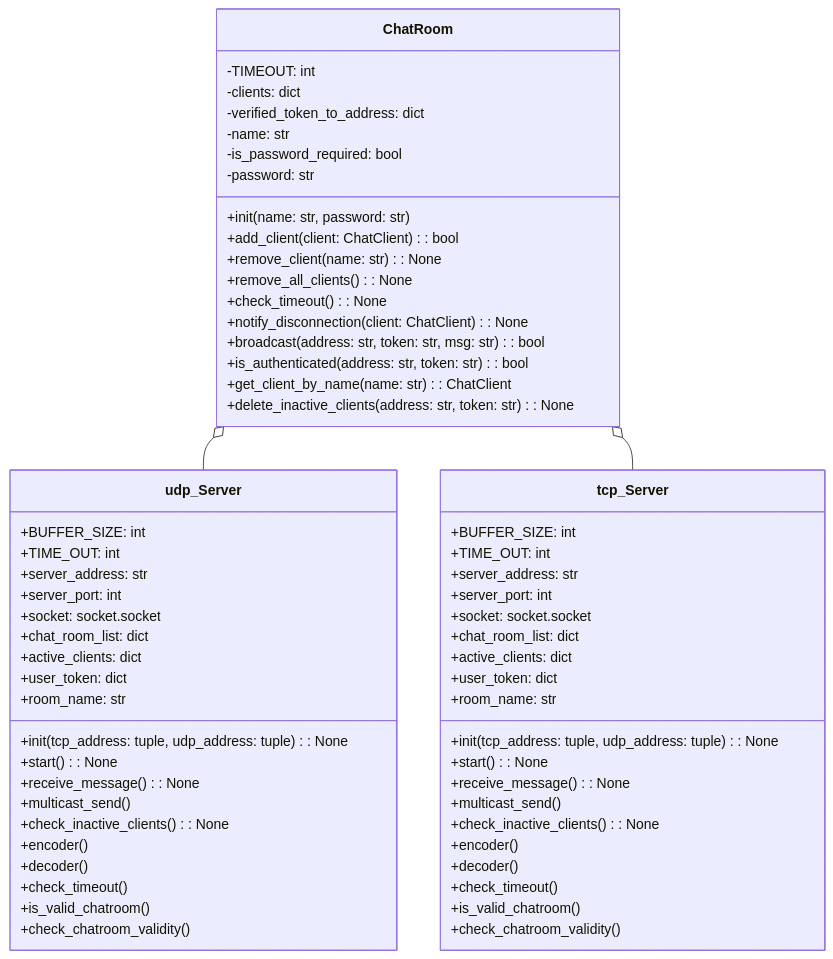
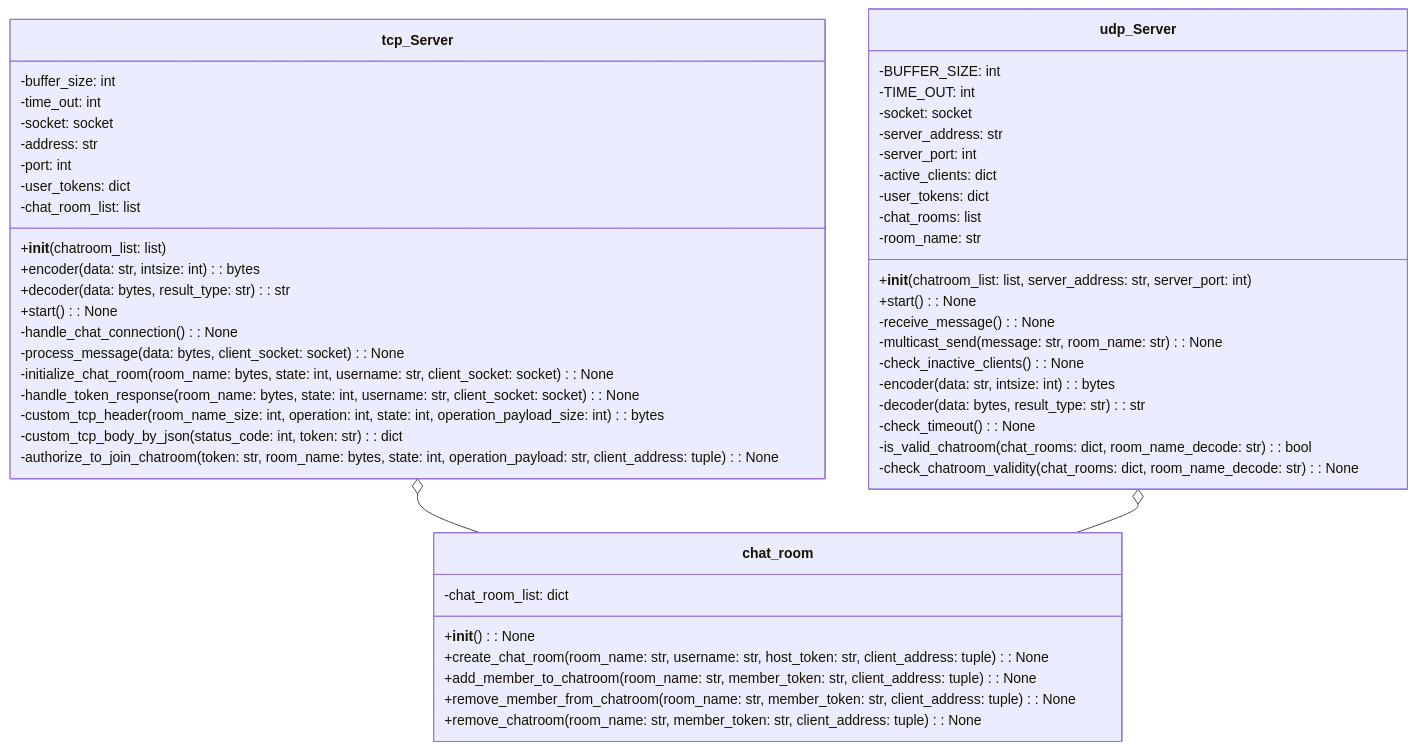
The second of 2 diagrams in README.md (teamdev-A-backend/online-chat-messenger), drawn with Mermaid before and after one commit.

Commit message:
Update UML Server

````diff
--- a/README.md
+++ b/README.md
@@ -37,72 +37,55 @@
 ```mermaid
 classDiagram
-class tcp_Server {
-  +BUFFER_SIZE: int
-  +TIME_OUT: int
-  +server_address: str
-  +server_port: int
-  +socket: socket.socket
-  +chat_room_list: dict
-  +active_clients: dict
-  +user_token: dict
-  +room_name: str
-
-  +init(tcp_address: tuple, udp_address: tuple): None
-  +start(): None
-  +receive_message(): None
-  +multicast_send()
-  +check_inactive_clients(): None
-  +encoder()
-  +decoder()
-  +check_timeout()
-  +is_valid_chatroom()
-  +check_chatroom_validity()
-}
-
-class udp_Server {
-  +BUFFER_SIZE: int
-  +TIME_OUT: int
-  +server_address: str
-  +server_port: int
-  +socket: socket.socket
-  +chat_room_list: dict
-  +active_clients: dict
-  +user_token: dict
-  +room_name: str
-
-  +init(tcp_address: tuple, udp_address: tuple): None
-  +start(): None
-  +receive_message(): None
-  +multicast_send()
-  +check_inactive_clients(): None
-  +encoder()
-  +decoder()
-  +check_timeout()
-  +is_valid_chatroom()
-  +check_chatroom_validity()
-
-}
-class ChatRoom {
-  -TIMEOUT: int
-  -clients: dict
-  -verified_token_to_address: dict
-  -name: str
-  -is_password_required: bool
-  -password: str
-
-  +init(name: str, password: str)
-  +add_client(client: ChatClient): bool
-  +remove_client(name: str): None
-  +remove_all_clients(): None
-  +check_timeout(): None
-  +notify_disconnection(client: ChatClient): None
-  +broadcast(address: str, token: str, msg: str): bool
-  +is_authenticated(address: str, token: str): bool
-  +get_client_by_name(name: str): ChatClient
-  +delete_inactive_clients(address: str, token: str): None
-}
-
-ChatRoom o-- udp_Server
-ChatRoom o-- tcp_Server
+    class udp_Server {
+        -BUFFER_SIZE: int
+        -TIME_OUT: int
+        -socket: socket
+        -server_address: str
+        -server_port: int
+        -active_clients: dict
+        -user_tokens: dict
+        -chat_rooms: list
+        -room_name: str
+        +__init__(chatroom_list: list, server_address: str, server_port: int)
+        +start(): None
+        -receive_message(): None
+        -multicast_send(message: str, room_name: str): None
+        -check_inactive_clients(): None
+        -encoder(data: str, intsize: int): bytes
+        -decoder(data: bytes, result_type: str): str
+        -check_timeout(): None
+        -is_valid_chatroom(chat_rooms: dict, room_name_decode: str): bool
+        -check_chatroom_validity(chat_rooms: dict, room_name_decode: str): None
+    }
+ class tcp_Server {
+        -buffer_size: int
+        -time_out: int
+        -socket: socket
+        -address: str
+        -port: int
+        -user_tokens: dict
+        -chat_room_list: list
+        +__init__(chatroom_list: list)
+        +encoder(data: str, intsize: int): bytes
+        +decoder(data: bytes, result_type: str): str
+        +start(): None
+        -handle_chat_connection(): None
+        -process_message(data: bytes, client_socket: socket): None
+        -initialize_chat_room(room_name: bytes, state: int, username: str, client_socket: socket): None
+        -handle_token_response(room_name: bytes, state: int, username: str, client_socket: socket): None
+        -custom_tcp_header(room_name_size: int, operation: int, state: int, operation_payload_size: int): bytes
+        -custom_tcp_body_by_json(status_code: int, token: str): dict
+        -authorize_to_join_chatroom(token: str, room_name: bytes, state: int, operation_payload: str, client_address: tuple): None
+    }
+class chat_room {
+        -chat_room_list: dict
+        +__init__(): None
+        +create_chat_room(room_name: str, username: str, host_token: str, client_address: tuple): None
+        +add_member_to_chatroom(room_name: str, member_token: str, client_address: tuple): None
+        +remove_member_from_chatroom(room_name: str, member_token: str, client_address: tuple): None
+        +remove_chatroom(room_name: str, member_token: str, client_address: tuple): None
+    }
+tcp_Server o-- chat_room
+udp_Server o-- chat_room
 
 ```
````
